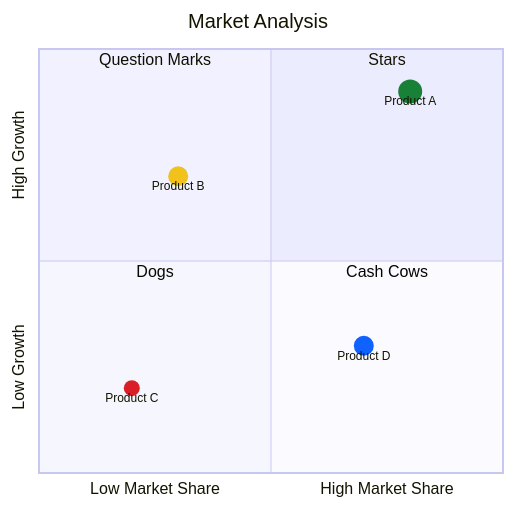
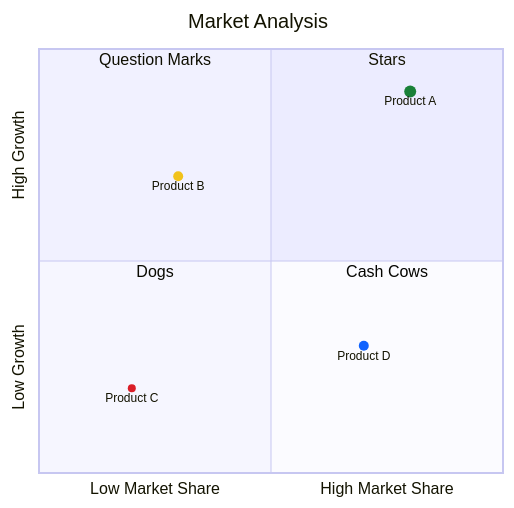
One commit to zhiweio/mermaid-illustrate changed the fourth of 6 diagrams in examples/quadrant.md. Above: the diagram before and after it, drawn with Mermaid. The commit also changed other lines of this file and 2 other files, not shown here.

Commit message:
feat: update the rules of diagram

````diff
--- a/examples/quadrant.md
+++ b/examples/quadrant.md
@@ -91,19 +93,19 @@
 ```mermaid
 quadrantChart
     title Market Analysis
     x-axis Low Market Share --> High Market Share
     y-axis Low Growth --> High Growth
     quadrant-1 Stars
     quadrant-2 Question Marks
     quadrant-3 Dogs
     quadrant-4 Cash Cows
     Product A:::star: [0.8, 0.9]
     Product B:::questionmark: [0.3, 0.7]
     Product C:::dog: [0.2, 0.2]
     Product D:::cashcow: [0.7, 0.3]
 
-    classDef star color: #198038, radius: 12
-    classDef questionmark color: #f1c21b, radius: 10
-    classDef dog color: #da1e28, radius: 8
-    classDef cashcow color: #0f62fe, radius: 10
+    classDef star color: #198038, radius: 6
+    classDef questionmark color: #f1c21b, radius: 5
+    classDef dog color: #da1e28, radius: 4
+    classDef cashcow color: #0f62fe, radius: 5
 ```
````
